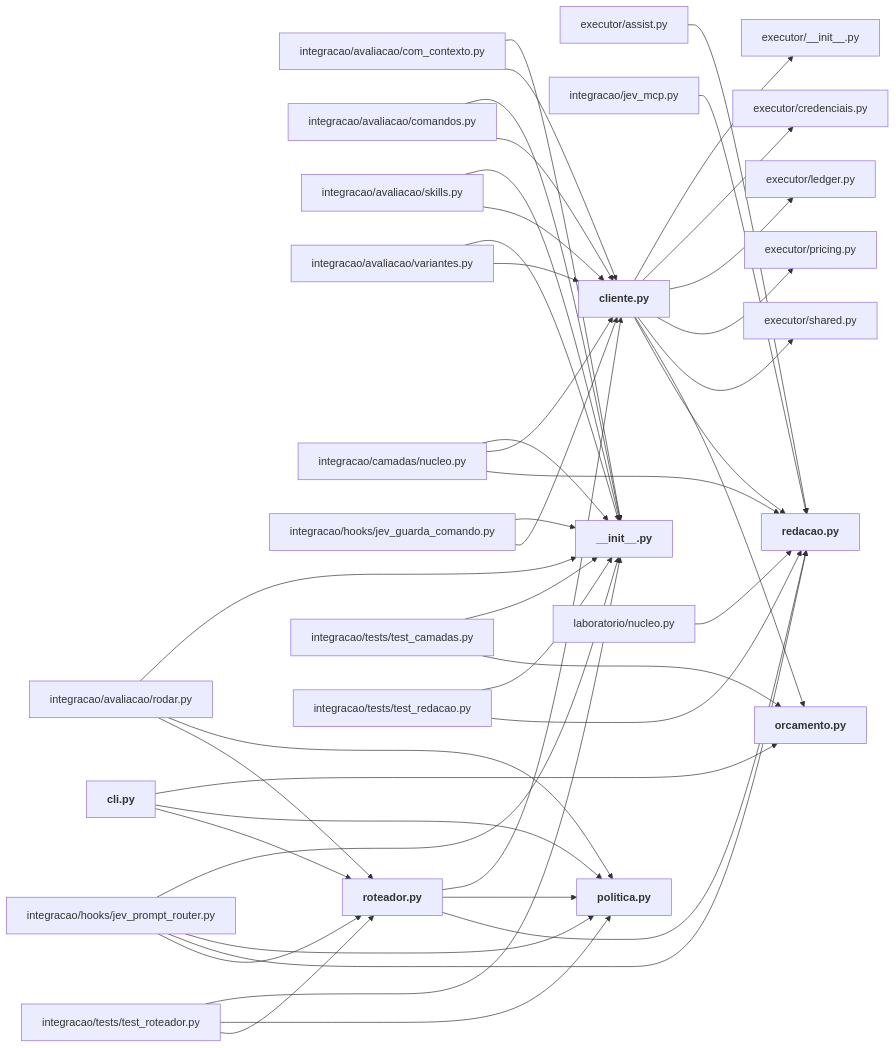
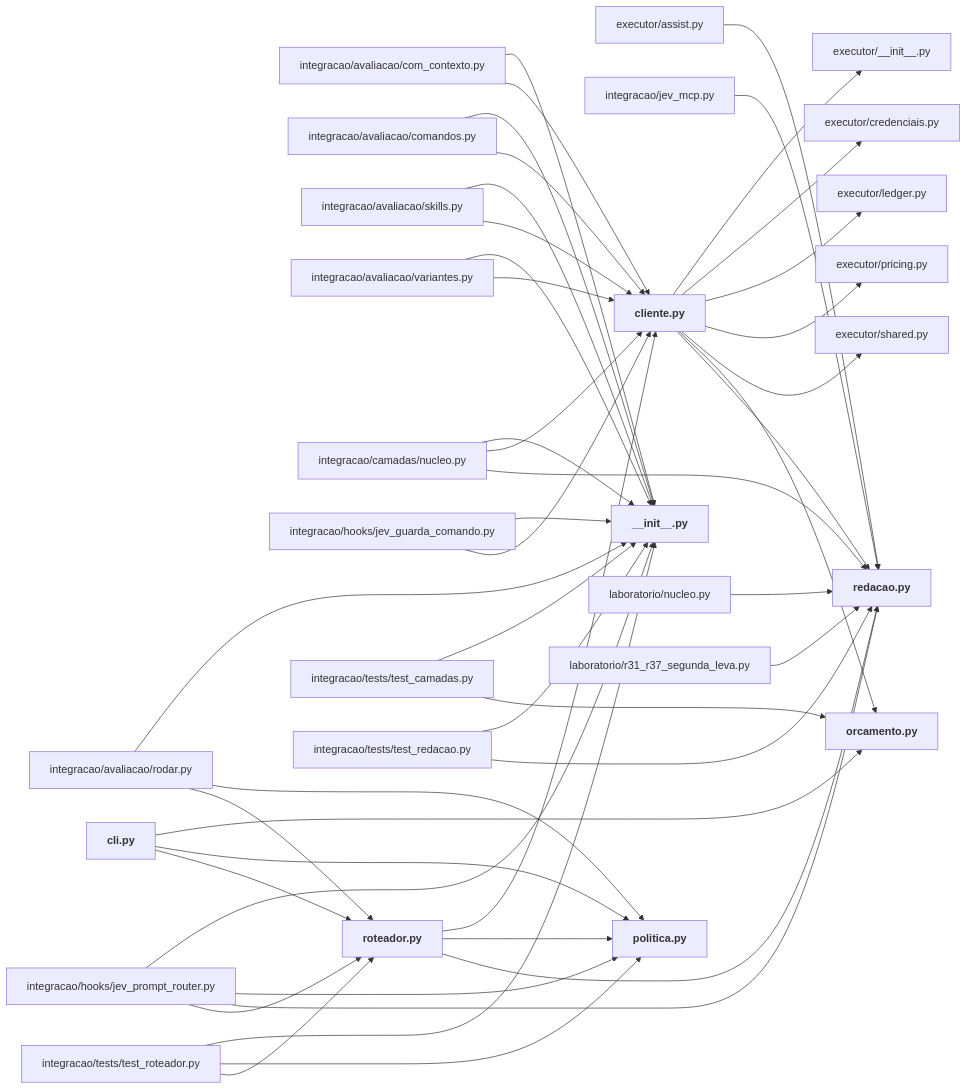
Before and after one commit to igormorais123/JEV: the diagram in mapa/pastas/integracao__jev_router.md, drawn with Mermaid. The commit also changed other lines of this file and 44 other files, not shown here.

````diff
--- a/mapa/pastas/integracao__jev_router.md
+++ b/mapa/pastas/integracao__jev_router.md
@@ -23,72 +23,74 @@
 ```mermaid
 flowchart LR
   n_executor___init___py["executor/__init__.py"]
   n_executor_assist_py["executor/assist.py"]
   n_executor_credenciais_py["executor/credenciais.py"]
   n_executor_ledger_py["executor/ledger.py"]
   n_executor_pricing_py["executor/pricing.py"]
   n_executor_shared_py["executor/shared.py"]
   n_integracao_avaliacao_com_contexto_py["integracao/avaliacao/com_contexto.py"]
   n_integracao_avaliacao_comandos_py["integracao/avaliacao/comandos.py"]
   n_integracao_avaliacao_rodar_py["integracao/avaliacao/rodar.py"]
   n_integracao_avaliacao_skills_py["integracao/avaliacao/skills.py"]
   n_integracao_avaliacao_variantes_py["integracao/avaliacao/variantes.py"]
   n_integracao_camadas_nucleo_py["integracao/camadas/nucleo.py"]
   n_integracao_hooks_jev_guarda_comando_py["integracao/hooks/jev_guarda_comando.py"]
   n_integracao_hooks_jev_prompt_router_py["integracao/hooks/jev_prompt_router.py"]
   n_integracao_jev_mcp_py["integracao/jev_mcp.py"]
   n_integracao_jev_router___init___py["<b>__init__.py</b>"]
   n_integracao_jev_router_cli_py["<b>cli.py</b>"]
   n_integracao_jev_router_cliente_py["<b>cliente.py</b>"]
   n_integracao_jev_router_orcamento_py["<b>orcamento.py</b>"]
   n_integracao_jev_router_politica_py["<b>politica.py</b>"]
   n_integracao_jev_router_redacao_py["<b>redacao.py</b>"]
   n_integracao_jev_router_roteador_py["<b>roteador.py</b>"]
   n_integracao_tests_test_camadas_py["integracao/tests/test_camadas.py"]
   n_integracao_tests_test_redacao_py["integracao/tests/test_redacao.py"]
   n_integracao_tests_test_roteador_py["integracao/tests/test_roteador.py"]
   n_laboratorio_nucleo_py["laboratorio/nucleo.py"]
+  n_laboratorio_r31_r37_segunda_leva_py["laboratorio/r31_r37_segunda_leva.py"]
   n_executor_assist_py --> n_integracao_jev_router_redacao_py
   n_integracao_avaliacao_com_contexto_py --> n_integracao_jev_router___init___py
   n_integracao_avaliacao_com_contexto_py --> n_integracao_jev_router_cliente_py
   n_integracao_avaliacao_comandos_py --> n_integracao_jev_router___init___py
   n_integracao_avaliacao_comandos_py --> n_integracao_jev_router_cliente_py
   n_integracao_avaliacao_rodar_py --> n_integracao_jev_router___init___py
   n_integracao_avaliacao_rodar_py --> n_integracao_jev_router_politica_py
   n_integracao_avaliacao_rodar_py --> n_integracao_jev_router_roteador_py
   n_integracao_avaliacao_skills_py --> n_integracao_jev_router___init___py
   n_integracao_avaliacao_skills_py --> n_integracao_jev_router_cliente_py
   n_integracao_avaliacao_variantes_py --> n_integracao_jev_router___init___py
   n_integracao_avaliacao_variantes_py --> n_integracao_jev_router_cliente_py
   n_integracao_camadas_nucleo_py --> n_integracao_jev_router___init___py
   n_integracao_camadas_nucleo_py --> n_integracao_jev_router_cliente_py
   n_integracao_camadas_nucleo_py --> n_integracao_jev_router_redacao_py
   n_integracao_hooks_jev_guarda_comando_py --> n_integracao_jev_router___init___py
   n_integracao_hooks_jev_guarda_comando_py --> n_integracao_jev_router_cliente_py
   n_integracao_hooks_jev_prompt_router_py --> n_integracao_jev_router___init___py
   n_integracao_hooks_jev_prompt_router_py --> n_integracao_jev_router_politica_py
   n_integracao_hooks_jev_prompt_router_py --> n_integracao_jev_router_redacao_py
   n_integracao_hooks_jev_prompt_router_py --> n_integracao_jev_router_roteador_py
   n_integracao_jev_mcp_py --> n_integracao_jev_router_redacao_py
   n_integracao_jev_router_cli_py --> n_integracao_jev_router_orcamento_py
   n_integracao_jev_router_cli_py --> n_integracao_jev_router_politica_py
   n_integracao_jev_router_cli_py --> n_integracao_jev_router_roteador_py
   n_integracao_jev_router_cliente_py --> n_executor___init___py
   n_integracao_jev_router_cliente_py --> n_executor_credenciais_py
   n_integracao_jev_router_cliente_py --> n_executor_ledger_py
   n_integracao_jev_router_cliente_py --> n_executor_pricing_py
   n_integracao_jev_router_cliente_py --> n_executor_shared_py
   n_integracao_jev_router_cliente_py --> n_integracao_jev_router_orcamento_py
   n_integracao_jev_router_cliente_py --> n_integracao_jev_router_redacao_py
   n_integracao_jev_router_roteador_py --> n_integracao_jev_router_cliente_py
   n_integracao_jev_router_roteador_py --> n_integracao_jev_router_politica_py
   n_integracao_jev_router_roteador_py --> n_integracao_jev_router_redacao_py
   n_integracao_tests_test_camadas_py --> n_integracao_jev_router___init___py
   n_integracao_tests_test_camadas_py --> n_integracao_jev_router_orcamento_py
   n_integracao_tests_test_redacao_py --> n_integracao_jev_router___init___py
   n_integracao_tests_test_redacao_py --> n_integracao_jev_router_redacao_py
   n_integracao_tests_test_roteador_py --> n_integracao_jev_router___init___py
   n_integracao_tests_test_roteador_py --> n_integracao_jev_router_politica_py
   n_integracao_tests_test_roteador_py --> n_integracao_jev_router_roteador_py
   n_laboratorio_nucleo_py --> n_integracao_jev_router_redacao_py
+  n_laboratorio_r31_r37_segunda_leva_py --> n_integracao_jev_router_redacao_py
 ```
````
